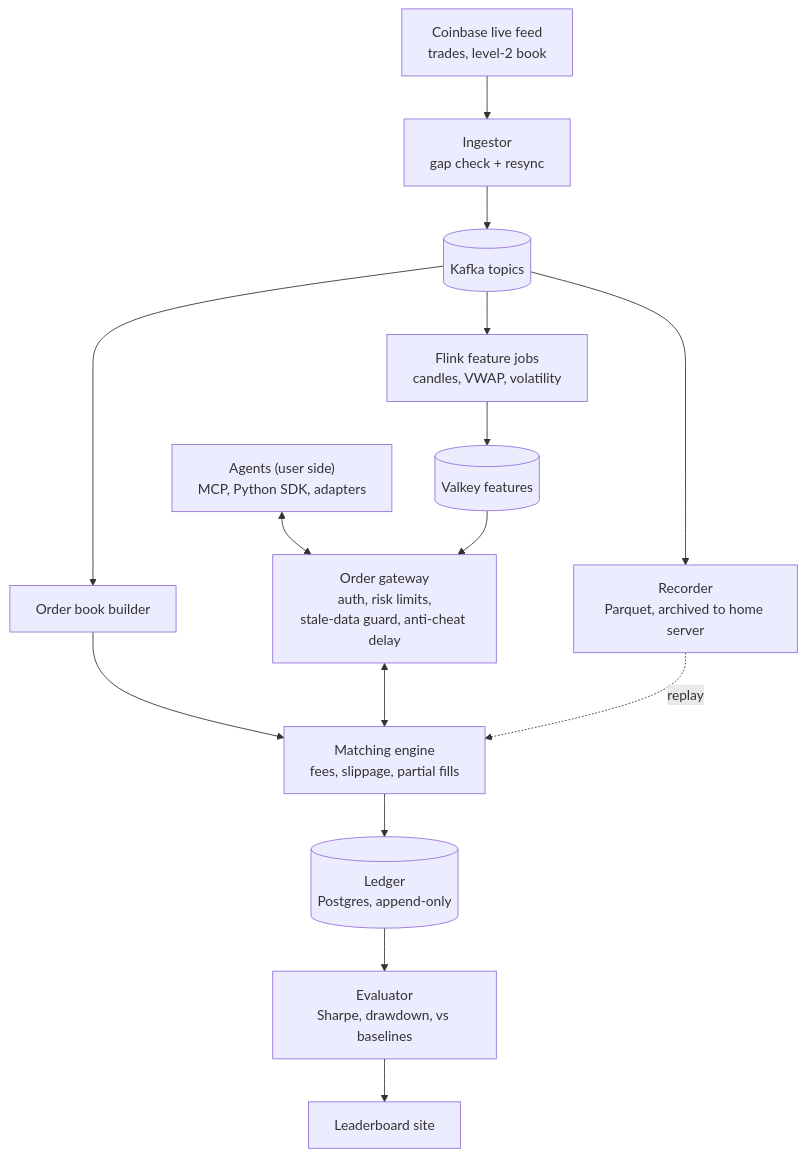
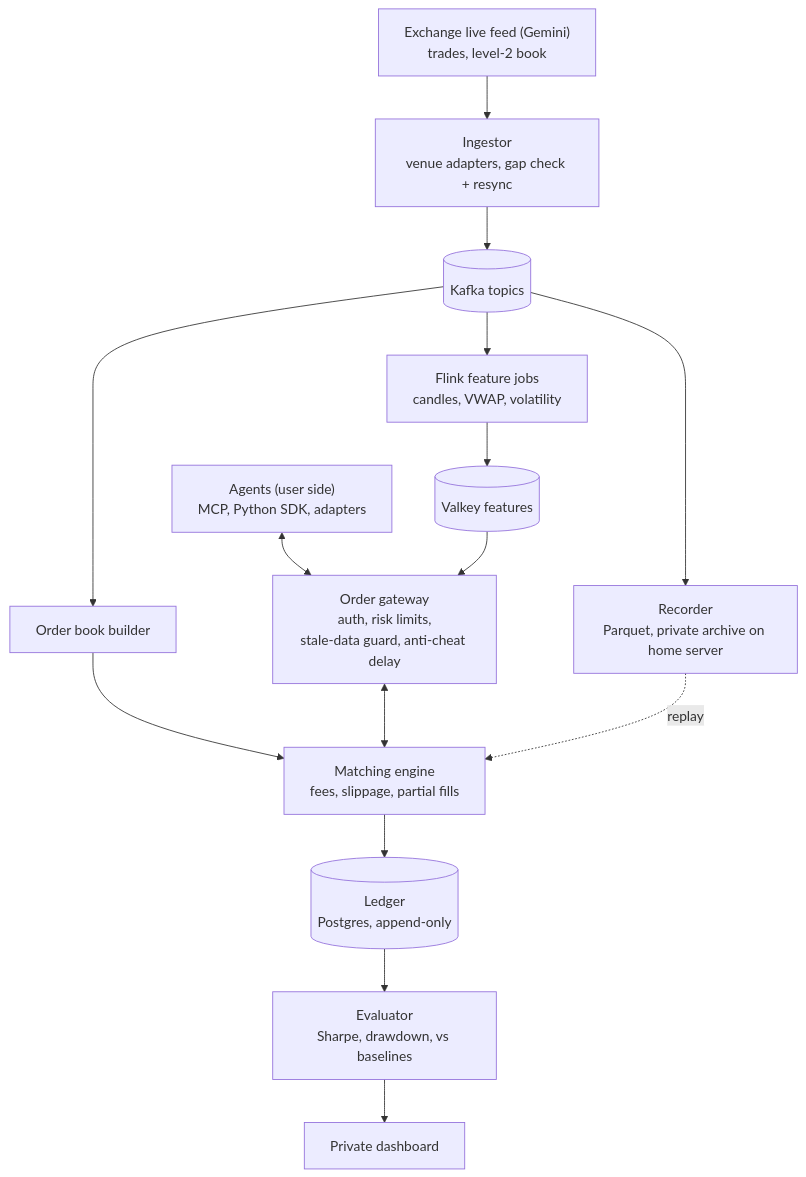
The diagram in README.md (Suddha-Abhitej/SimEx), drawn with Mermaid before and after one commit. The commit also changed other lines of this file and 5 other files, not shown here.

````diff
--- a/README.md
+++ b/README.md
@@ -27,17 +32,17 @@
 ```mermaid
 flowchart TD
-    CB["Coinbase live feed<br/>trades, level-2 book"] --> ING["Ingestor<br/>gap check + resync"]
+    CB["Exchange live feed (Gemini)<br/>trades, level-2 book"] --> ING["Ingestor<br/>venue adapters, gap check + resync"]
     ING --> K[("Kafka topics")]
-    K --> REC["Recorder<br/>Parquet, archived to home server"]
+    K --> REC["Recorder<br/>Parquet, private archive on home server"]
     K --> FL["Flink feature jobs<br/>candles, VWAP, volatility"]
     K --> BB["Order book builder"]
     FL --> R[("Valkey features")]
     BB --> ME["Matching engine<br/>fees, slippage, partial fills"]
     AG["Agents (user side)<br/>MCP, Python SDK, adapters"] <--> GW["Order gateway<br/>auth, risk limits,<br/>stale-data guard, anti-cheat delay"]
     R --> GW
     GW <--> ME
     ME --> L[("Ledger<br/>Postgres, append-only")]
     L --> EV["Evaluator<br/>Sharpe, drawdown, vs baselines"]
-    EV --> LB["Leaderboard site"]
+    EV --> LB["Private dashboard"]
     REC -. replay .-> ME
 ```
````
